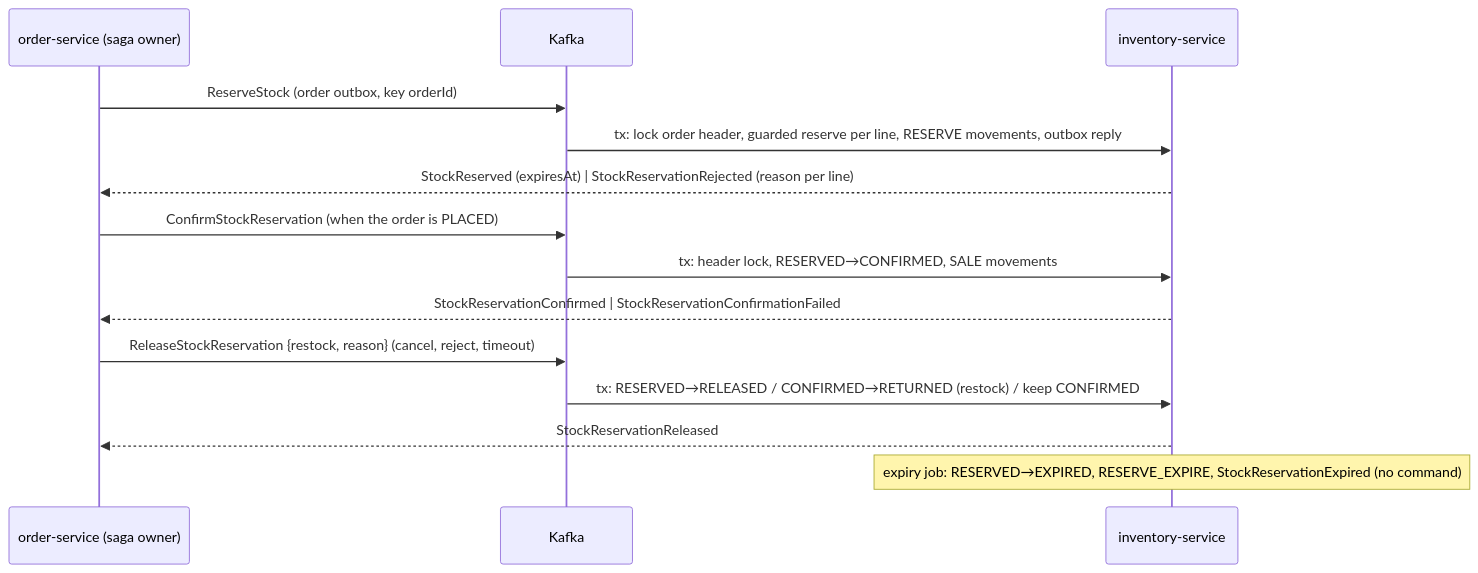
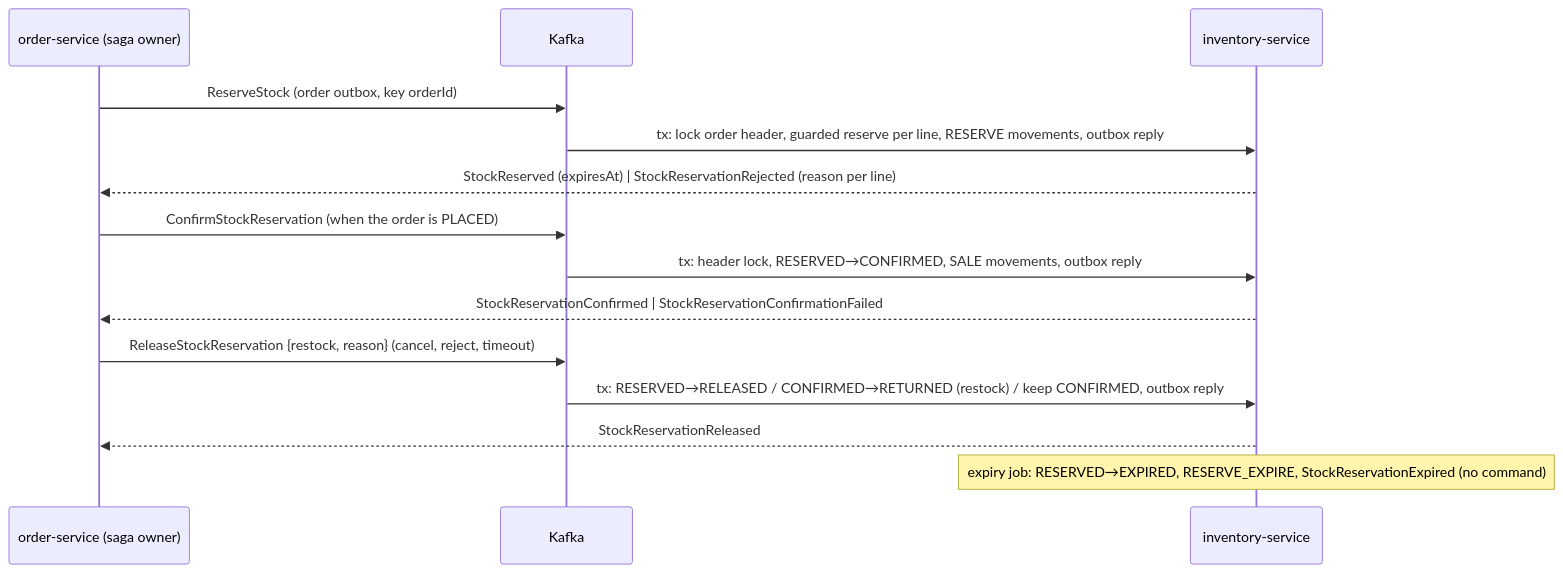
Before and after one commit to domt97/oms-workspace: the second of 2 diagrams in architecture/flows/order-stock-reservation.md, drawn with Mermaid. The commit also changed other lines of this file and 11 other files, not shown here.

````diff
--- a/architecture/flows/order-stock-reservation.md
+++ b/architecture/flows/order-stock-reservation.md
@@ -24,16 +25,16 @@
 ```mermaid
 sequenceDiagram
   participant O as order-service (saga owner)
   participant K as Kafka
   participant I as inventory-service
   O->>K: ReserveStock (order outbox, key orderId)
   K->>I: tx: lock order header, guarded reserve per line, RESERVE movements, outbox reply
   I-->>O: StockReserved (expiresAt) | StockReservationRejected (reason per line)
   O->>K: ConfirmStockReservation (when the order is PLACED)
-  K->>I: tx: header lock, RESERVED→CONFIRMED, SALE movements
+  K->>I: tx: header lock, RESERVED→CONFIRMED, SALE movements, outbox reply
   I-->>O: StockReservationConfirmed | StockReservationConfirmationFailed
   O->>K: ReleaseStockReservation {restock, reason} (cancel, reject, timeout)
-  K->>I: tx: RESERVED→RELEASED / CONFIRMED→RETURNED (restock) / keep CONFIRMED
+  K->>I: tx: RESERVED→RELEASED / CONFIRMED→RETURNED (restock) / keep CONFIRMED, outbox reply
   I-->>O: StockReservationReleased
   Note over I: expiry job: RESERVED→EXPIRED, RESERVE_EXPIRE, StockReservationExpired (no command)
 ```
````
